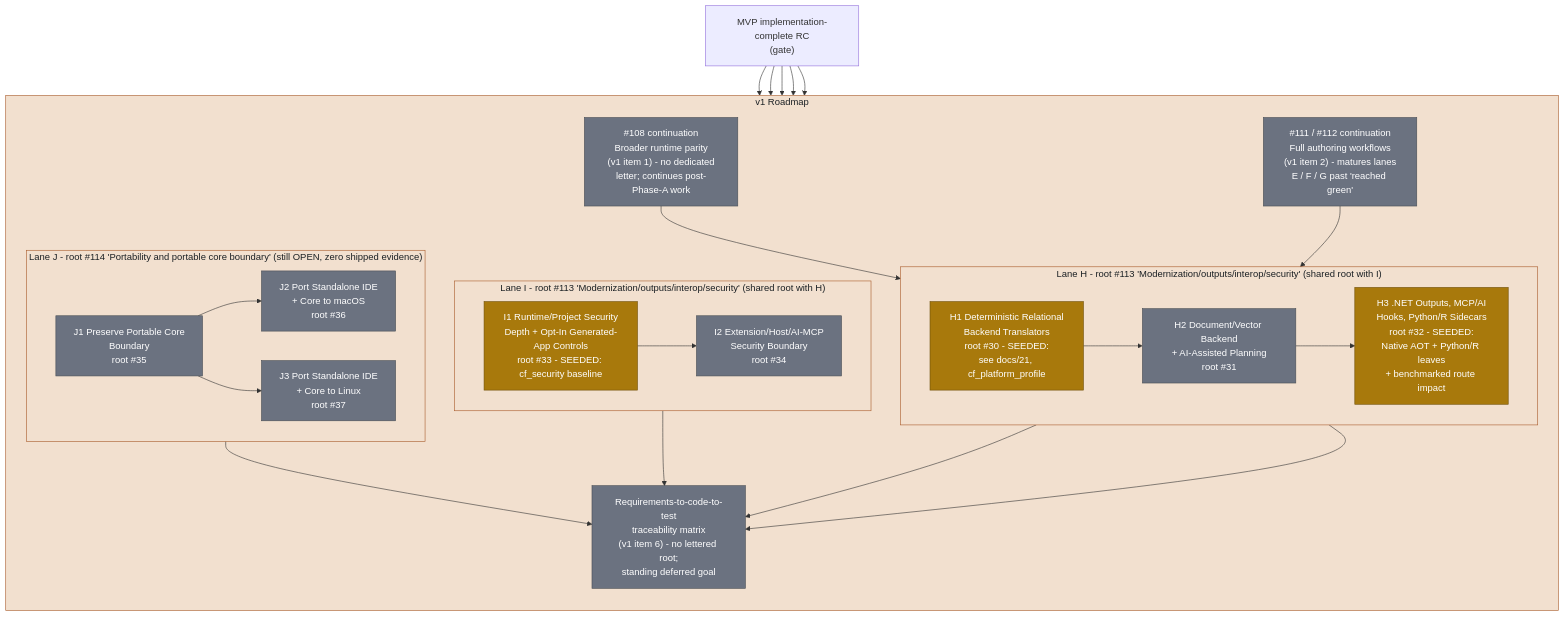
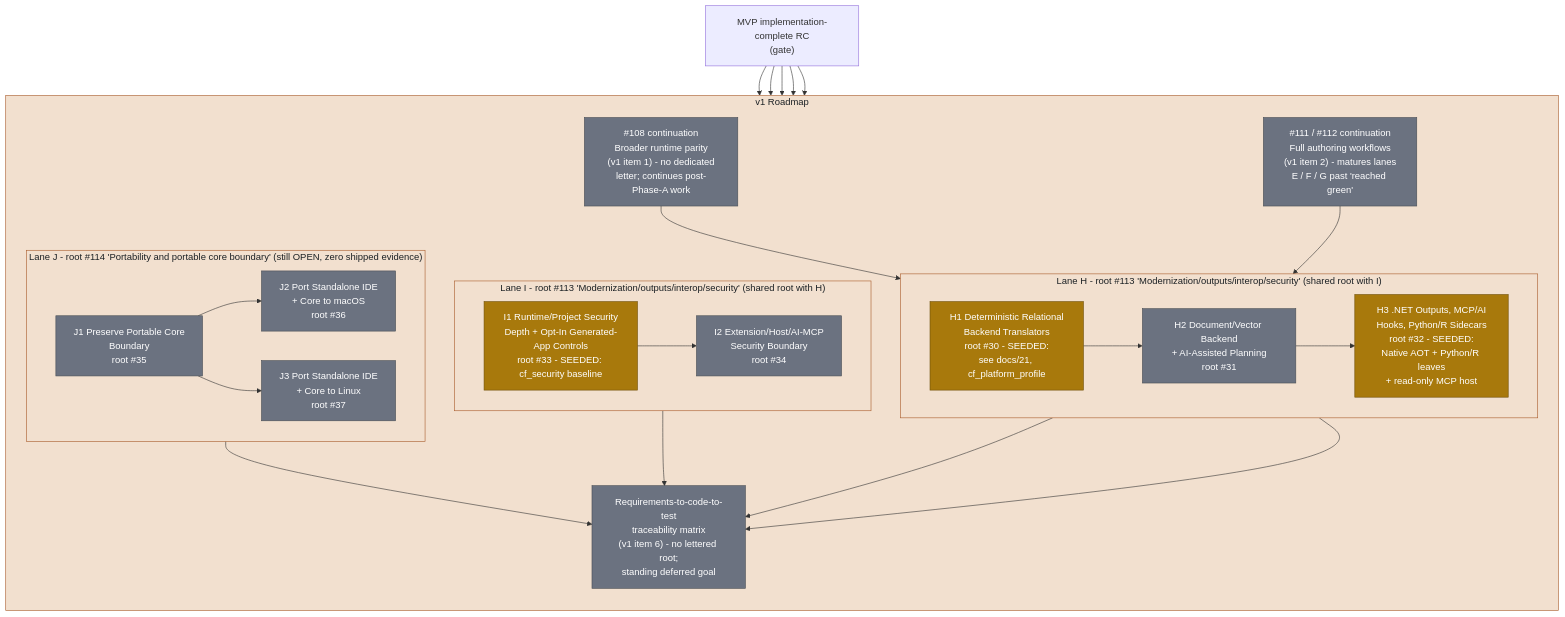
Before and after one commit to rhamenator/Project-Copperfin: the diagram in docs/diagrams/roadmap-v1-lanes-hij.md, drawn with Mermaid. The commit also changed other lines of this file and 27 other files, not shown here.

Commit message:
feat(mcp): add read-only DBF header host

````diff
--- a/docs/diagrams/roadmap-v1-lanes-hij.md
+++ b/docs/diagrams/roadmap-v1-lanes-hij.md
@@ -10,60 +10,60 @@
 ```mermaid
 flowchart TB
     classDef partial fill:#a8790c,stroke:#6e4f07,color:#ffffff,stroke-width:1px;
     classDef planned fill:#6b7280,stroke:#484d54,color:#ffffff,stroke-width:1px;
     classDef lane fill:#f2e0cf,stroke:#a85a2a,color:#1b2024,stroke-width:1px;
 
     MVP["MVP implementation-complete RC<br/>(gate)"]
 
     subgraph V1["v1 Roadmap"]
       direction TB
 
       CONT1["#108 continuation<br/>Broader runtime parity<br/>(v1 item 1) - no dedicated<br/>letter; continues post-Phase-A work"]
       CONT2["#111 / #112 continuation<br/>Full authoring workflows<br/>(v1 item 2) - matures lanes<br/>E / F / G past 'reached green'"]
 
       subgraph LANEH["Lane H - root #113 'Modernization/outputs/interop/security' (shared root with I)"]
         direction LR
         H1["H1 Deterministic Relational<br/>Backend Translators<br/>root #30 - SEEDED:<br/>see docs/21, cf_platform_profile"]
         H2["H2 Document/Vector Backend<br/>+ AI-Assisted Planning<br/>root #31"]
-        H3["H3 .NET Outputs, MCP/AI<br/>Hooks, Python/R Sidecars<br/>root #32 - SEEDED:<br/>Native AOT + Python/R leaves<br/>+ benchmarked route impact"]
+        H3["H3 .NET Outputs, MCP/AI<br/>Hooks, Python/R Sidecars<br/>root #32 - SEEDED:<br/>Native AOT + Python/R leaves<br/>+ read-only MCP host"]
         H1 --> H2 --> H3
       end
 
       subgraph LANEI["Lane I - root #113 'Modernization/outputs/interop/security' (shared root with H)"]
         direction LR
         I1["I1 Runtime/Project Security<br/>Depth + Opt-In Generated-<br/>App Controls<br/>root #33 - SEEDED: cf_security baseline"]
         I2["I2 Extension/Host/AI-MCP<br/>Security Boundary<br/>root #34"]
         I1 --> I2
       end
 
       subgraph LANEJ["Lane J - root #114 'Portability and portable core boundary' (still OPEN, zero shipped evidence)"]
         direction LR
         J1["J1 Preserve Portable Core<br/>Boundary<br/>root #35"]
         J2["J2 Port Standalone IDE<br/>+ Core to macOS<br/>root #36"]
         J3["J3 Port Standalone IDE<br/>+ Core to Linux<br/>root #37"]
         J1 --> J2
         J1 --> J3
       end
 
       TRACE["Requirements-to-code-to-test<br/>traceability matrix<br/>(v1 item 6) - no lettered root;<br/>standing deferred goal"]
     end
 
     MVP --> CONT1
     MVP --> CONT2
     MVP --> LANEH
     MVP --> LANEI
     MVP --> LANEJ
     CONT1 --> H1
     CONT2 --> H3
     H1 --> TRACE
     H3 --> TRACE
     I2 --> TRACE
     J1 --> TRACE
 
     class CONT1,CONT2 planned;
     class H1,H3,I1 partial;
     class H2,I2 planned;
     class J1,J2,J3 planned;
     class TRACE planned;
     class V1,LANEH,LANEI,LANEJ lane;
 ```
````
